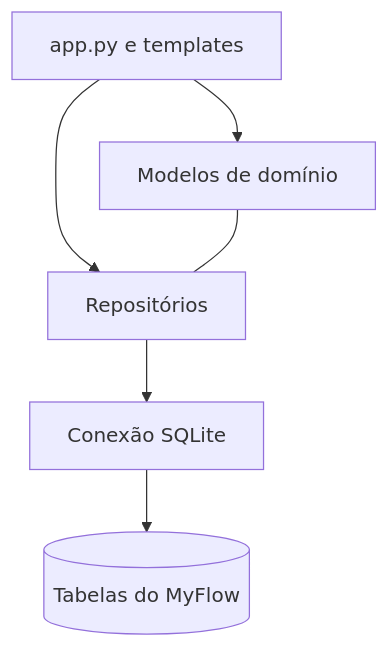
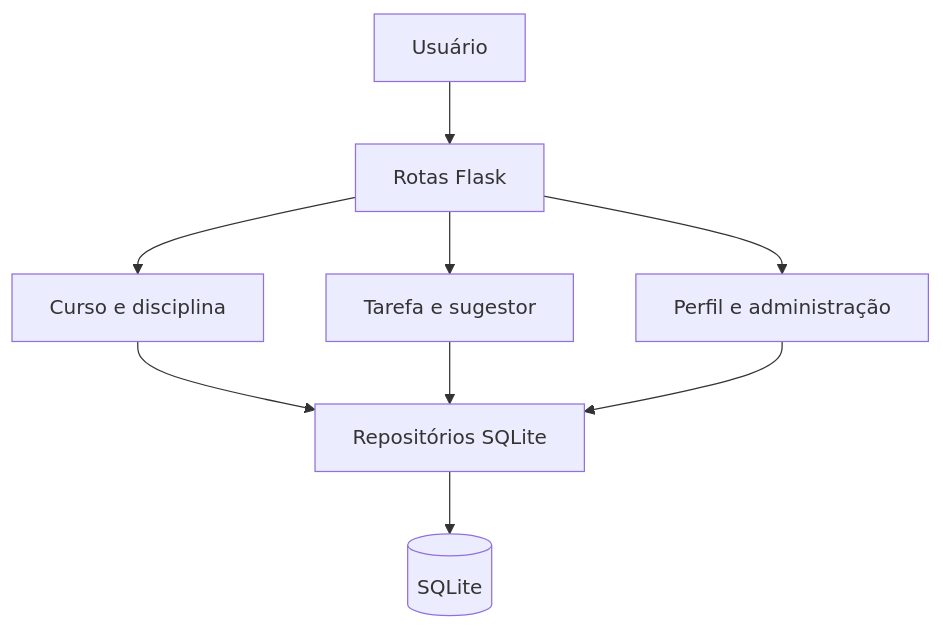
Before and after one commit to nicholasmichelon/project-myflow: the diagram in website/docs/reference/uml.md, drawn with Mermaid. The commit also changed other lines of this file and 39 other files, not shown here.

````diff
--- a/website/docs/reference/uml.md
+++ b/website/docs/reference/uml.md
@@ -13,8 +13,11 @@
 ```mermaid
 flowchart TB
-  Web[app.py e templates] --> Models[Modelos de domínio]
-  Web --> Repos[Repositórios]
-  Repos --> DB[Conexão SQLite]
-  DB --> Tables[(Tabelas do MyFlow)]
-  Models --- Repos
+  Pessoa[Usuário] --> Flask[Rotas Flask]
+  Flask --> Cursos[Curso e disciplina]
+  Flask --> Tarefas[Tarefa e sugestor]
+  Flask --> Contas[Perfil e administração]
+  Cursos --> Repo[Repositórios SQLite]
+  Tarefas --> Repo
+  Contas --> Repo
+  Repo --> DB[(SQLite)]
 ```
````
